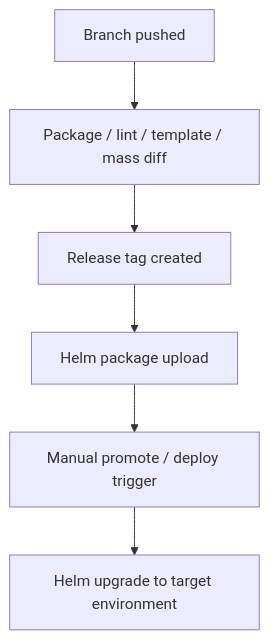
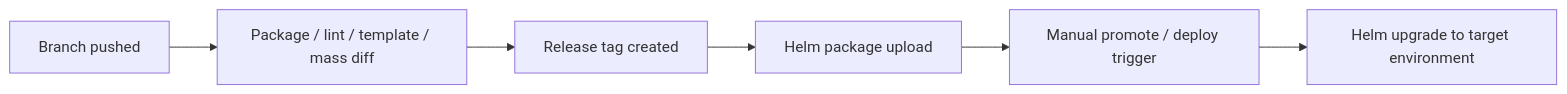
One commit to benanaktaspusulait/branching-strategy changed the diagram in docs/deployment-and-release-findings.md. Above: the diagram before and after it, drawn with Mermaid. The commit also changed other lines of this file and 19 other files, not shown here.

````diff
--- a/docs/deployment-and-release-findings.md
+++ b/docs/deployment-and-release-findings.md
@@ -24,8 +24,8 @@
 ```mermaid
-flowchart TD
+flowchart LR
   BRANCH["Branch pushed"] --> BASIC["Package / lint / template / mass diff"]
   BASIC --> TAG["Release tag created"]
   TAG --> UPLOAD["Helm package upload"]
   UPLOAD --> PROMOTE["Manual promote / deploy trigger"]
   PROMOTE --> DEPLOY["Helm upgrade to target environment"]
 ```
````
